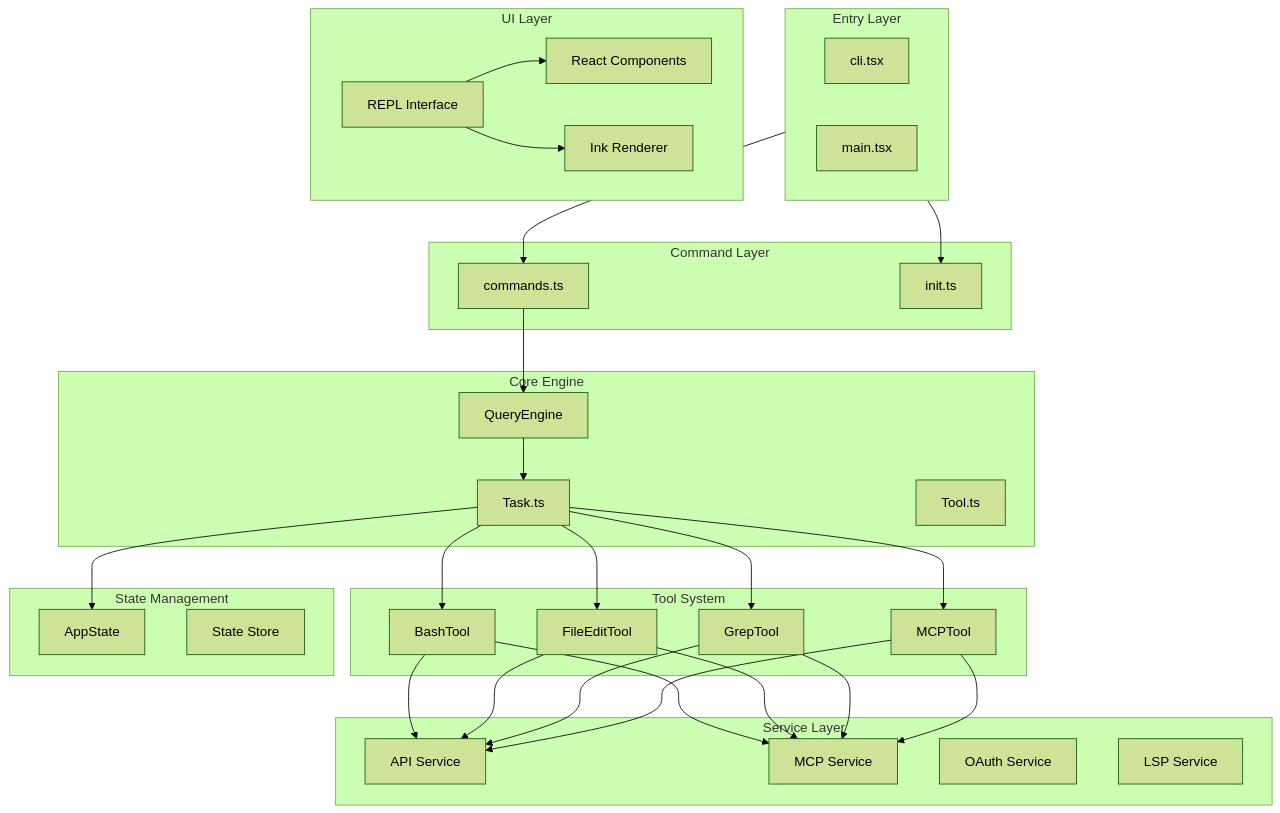
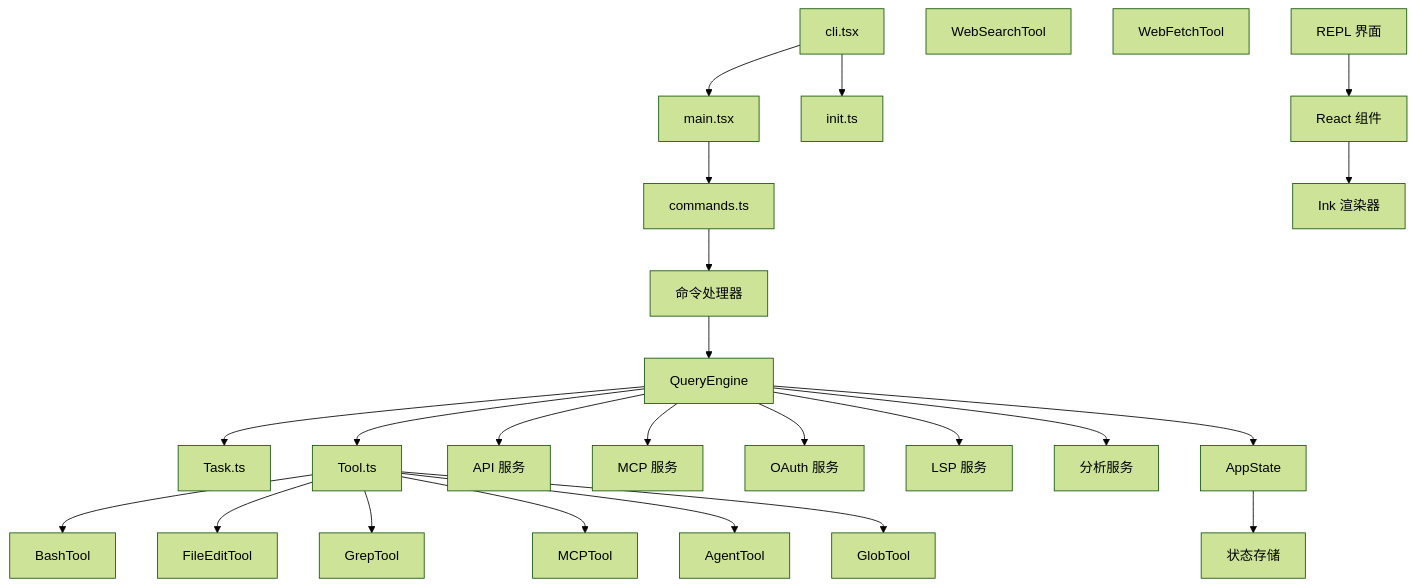
Before and after one commit to niuma996/claude-code-sourcemap-wiki: the first of 4 diagrams in .nium-wiki/wiki_en/architecture.md, drawn with Mermaid (forest theme). The commit also changed other lines of this file and 1976 other files, not shown here.

````diff
--- a/.nium-wiki/wiki_en/architecture.md
+++ b/.nium-wiki/wiki_en/architecture.md
@@ -13,56 +13,66 @@
 ```mermaid
-flowchart TB
-    subgraph Entry ["Entry Layer"]
-        CLI[cli.tsx]
-        Main[main.tsx]
-    end
-    subgraph CL ["Command Layer"]
-        Commands[commands.ts]
-        Init[init.ts]
-    end
-    subgraph EN ["Core Engine"]
-        Query[QueryEngine]
-        Task[Task.ts]
-        ToolBase[Tool.ts]
-    end
-    subgraph TL ["Tool System"]
-        Bash[BashTool]
-        FileEdit[FileEditTool]
-        Grep[GrepTool]
-        MCPTool[MCPTool]
-    end
-    subgraph SV ["Service Layer"]
-        API[API Service]
-        MCP[MCP Service]
-        OAuth[OAuth Service]
-        LSP[LSP Service]
-    end
-    subgraph UL ["UI Layer"]
-        REPL[REPL Interface]
-        Components[React Components]
-        Ink[Ink Renderer]
-    end
-    subgraph ST ["State Management"]
-        AppState[AppState]
-        Store[State Store]
-    end
-    Entry --> Commands
-    Entry --> Init
-    Commands --> Query
+graph TD
+    %% 入口层
+    CLI["cli.tsx"]
+    Main["main.tsx"]
+    Init["init.ts"]
+
+    %% 命令层
+    Commands["commands.ts"]
+    Handlers["命令处理器"]
+
+    %% 核心引擎
+    Query["QueryEngine"]
+    Task["Task.ts"]
+    Tool["Tool.ts"]
+
+    %% 工具系统
+    Bash["BashTool"]
+    FileEdit["FileEditTool"]
+    Grep["GrepTool"]
+    MCPTool["MCPTool"]
+    Agent["AgentTool"]
+    Glob["GlobTool"]
+    WebSearch["WebSearchTool"]
+    WebFetch["WebFetchTool"]
+
+    %% 服务层
+    API["API 服务"]
+    MCP["MCP 服务"]
+    OAuth["OAuth 服务"]
+    LSP["LSP 服务"]
+    Analytics["分析服务"]
+
+    %% 界面层
+    REPL["REPL 界面"]
+    Components["React 组件"]
+    Ink["Ink 渲染器"]
+
+    %% 状态管理
+    AppState["AppState"]
+    Store["状态存储"]
+
+    %% 连接关系
+    CLI --> Main
+    CLI --> Init
+    Main --> Commands
+    Commands --> Handlers
+    Handlers --> Query
     Query --> Task
-    Task --> Bash
-    Task --> FileEdit
-    Task --> Grep
-    Task --> MCPTool
-    Bash --> API
-    Bash --> MCP
-    FileEdit --> API
-    FileEdit --> MCP
-    Grep --> API
-    Grep --> MCP
-    MCPTool --> API
-    MCPTool --> MCP
-    Task --> AppState
+    Query --> Tool
+    Tool --> Bash
+    Tool --> FileEdit
+    Tool --> Grep
+    Tool --> MCPTool
+    Tool --> Agent
+    Tool --> Glob
+    Query --> API
+    Query --> MCP
+    Query --> OAuth
+    Query --> LSP
+    Query --> Analytics
     REPL --> Components
-    REPL --> Ink
+    Components --> Ink
+    Query --> AppState
+    AppState --> Store
 ```
````
